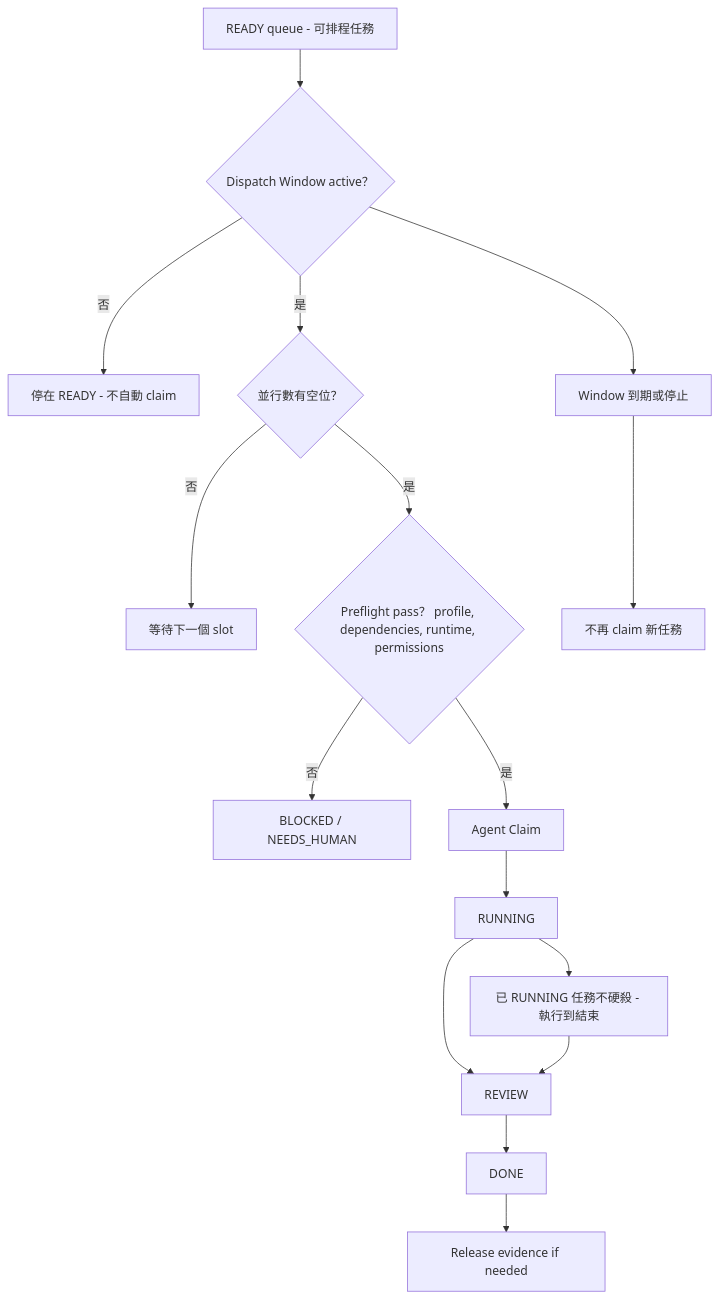
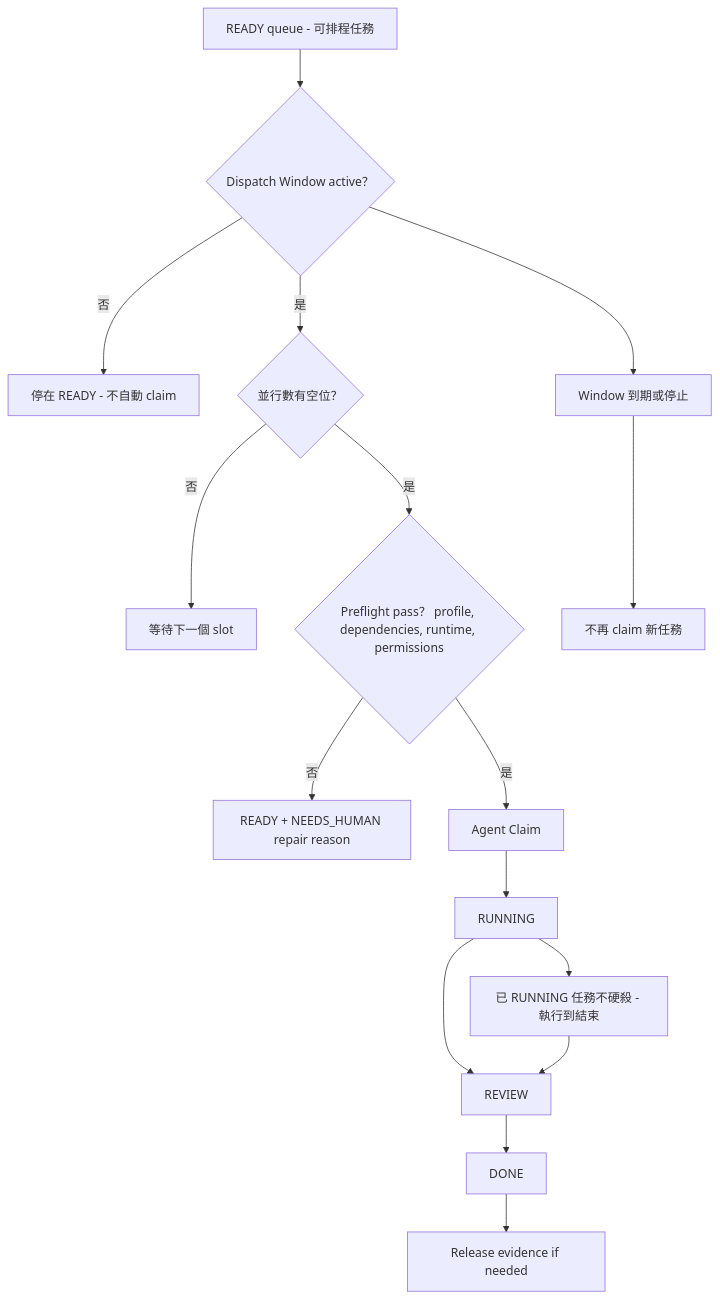
Diagram 11 of 14 in docs/grimo/PRD.md (samzhu/grimoAPP), drawn with Mermaid before and after one commit. The commit also changed other lines of this file and 30 other files, not shown here.

````diff
--- a/docs/grimo/PRD.md
+++ b/docs/grimo/PRD.md
@@ -355,19 +350,19 @@
 ```mermaid
 graph TD
   ReadyQueue["READY queue - 可排程任務"] --> Window{"Dispatch Window active？"}
   Window -- "否" --> Wait["停在 READY - 不自動 claim"]
   Window -- "是" --> Capacity{"並行數有空位？"}
   Capacity -- "否" --> Queue["等待下一個 slot"]
   Capacity -- "是" --> Preflight{"Preflight pass？ profile, dependencies, runtime, permissions"}
-  Preflight -- "否" --> Blocked["BLOCKED / NEEDS_HUMAN"]
+  Preflight -- "否" --> ReadyRepair["READY + NEEDS_HUMAN repair reason"]
   Preflight -- "是" --> Claim["Agent Claim"]
   Claim --> Running["RUNNING"]
   Running --> Review["REVIEW"]
   Review --> Done["DONE"]
   Done --> ReleaseEvidence["Release evidence if needed"]
 
   Window --> Expire["Window 到期或停止"]
   Expire --> NoNew["不再 claim 新任務"]
   Running --> Continue["已 RUNNING 任務不硬殺 - 執行到結束"]
   Continue --> Review
 ```
````
